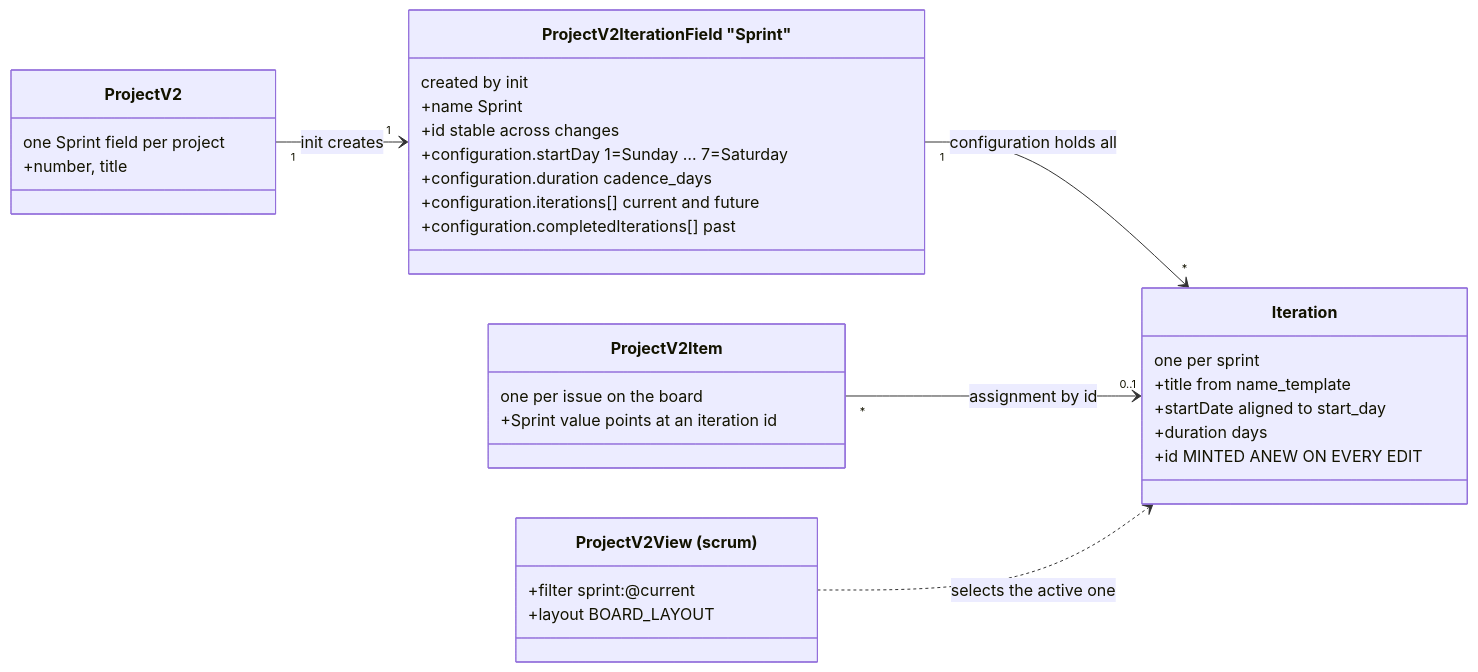
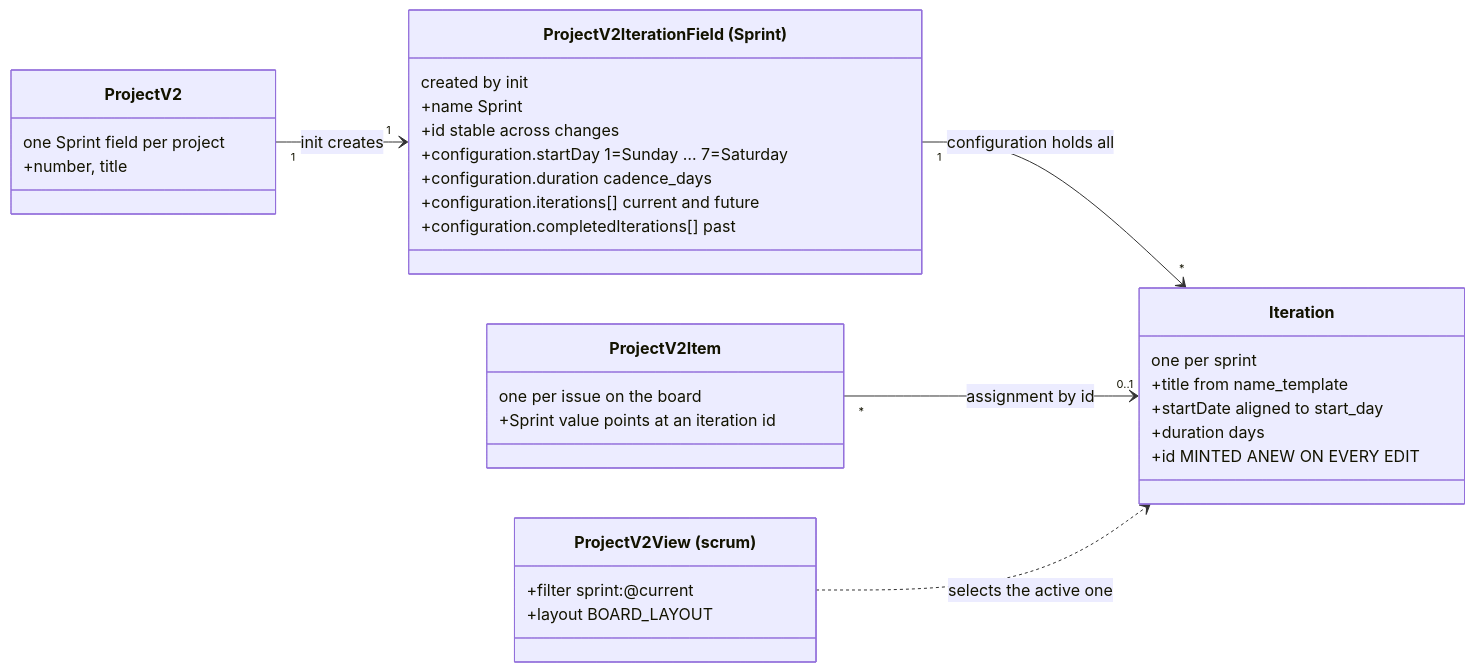
One commit to paulcaron16k/gh-agile changed the second of 2 diagrams in README.md. Above: the diagram before and after it, drawn with Mermaid. The commit also changed 1 other file, not shown here.

Commit message:
README's sprint diagram renders on GitHub: no nested quotes in a Mermaid label (AGILE-260)
GitHub showed "Unable to render rich display" for the README's second
Mermaid diagram: `class SprintField["ProjectV2IterationField &quot;Sprint&quot;"]`.
GitHub decodes &quot; to " before Mermaid parses the block, so Mermaid saw
quotes nested inside a quoted label and stopped at `Sprint`. Broken since
3b66d7a (2026-08-16); nothing checked.

The label is now ["ProjectV2IterationField (Sprint)"], as the diagram's
other label already writes it. tests/test_mermaid_labels.py decodes every
Mermaid block in README.md and USER_GUIDE.md as GitHub does and fails on a
quote inside a bracketed label; run against the old README it fails.

````diff
--- a/README.md
+++ b/README.md
@@ -553,38 +553,38 @@
 ```mermaid
 classDiagram
     direction LR
 
     class ProjectV2 {
         one Sprint field per project
         +number, title
     }
-    class SprintField["ProjectV2IterationField &quot;Sprint&quot;"] {
+    class SprintField["ProjectV2IterationField (Sprint)"] {
         created by init
         +name  Sprint
         +id  stable across changes
         +configuration.startDay  1=Sunday … 7=Saturday
         +configuration.duration  cadence_days
         +configuration.iterations[]  current and future
         +configuration.completedIterations[]  past
     }
     class Iteration {
         one per sprint
         +title  from name_template
         +startDate  aligned to start_day
         +duration  days
         +id  MINTED ANEW ON EVERY EDIT
     }
     class ProjectV2Item {
         one per issue on the board
         +Sprint value  points at an iteration id
     }
     class ScrumBoard["ProjectV2View (scrum)"] {
         +filter  sprint:@current
         +layout  BOARD_LAYOUT
     }
 
     ProjectV2 "1" --> "1" SprintField : init creates
     SprintField "1" --> "*" Iteration : configuration holds all
     ProjectV2Item "*" --> "0..1" Iteration : assignment by id
     ScrumBoard ..> Iteration : selects the active one
 ```
````
